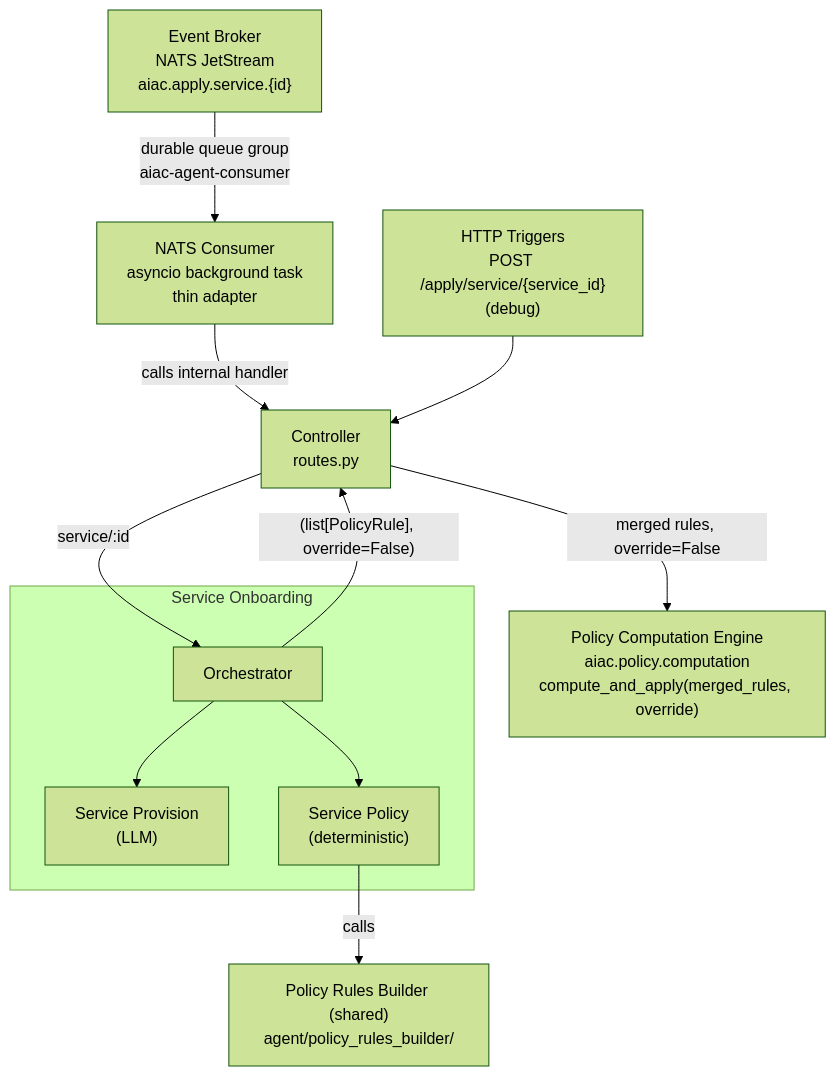
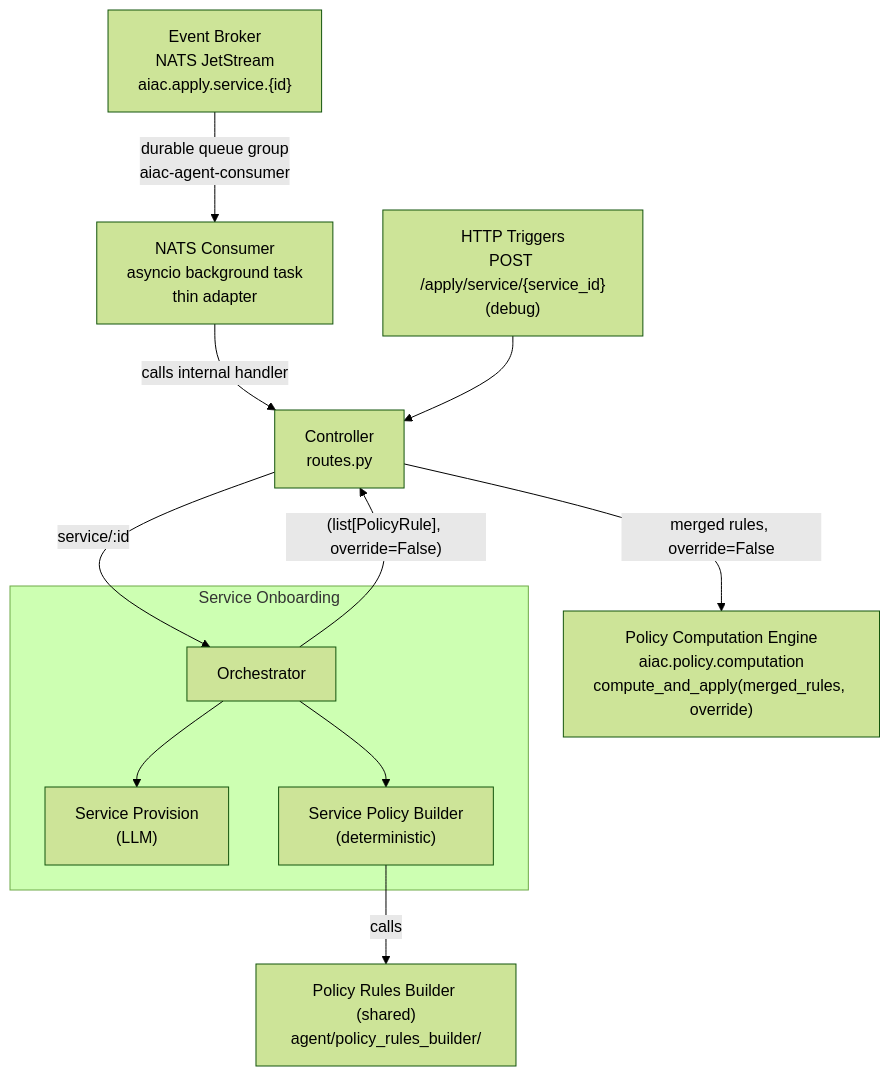
The diagram in inception/requirements/components/aiac-agent/uc1-service-onboarding.md (rossoctl/aiac), drawn with Mermaid (forest theme) before and after one commit. The commit also changed other lines of this file and 9 other files, not shown here.

First line of the commit message:
refactor(aiac): Rename Service Policy sub-agent to Service Policy Builder

````diff
--- a/inception/requirements/components/aiac-agent/uc1-service-onboarding.md
+++ b/inception/requirements/components/aiac-agent/uc1-service-onboarding.md
@@ -23,27 +23,27 @@
 ```mermaid
 flowchart TD
     NATS["Event Broker\nNATS JetStream\naiac.apply.service.{id}"]
     NATS_CONSUMER["NATS Consumer\nasyncio background task\nthin adapter"]
     TRIGGERS["HTTP Triggers\nPOST /apply/service/{service_id}\n(debug)"]
     CTRL["Controller\nroutes.py"]
 
     NATS -->|"durable queue group\naiac-agent-consumer"| NATS_CONSUMER
     NATS_CONSUMER -->|"calls internal handler"| CTRL
     TRIGGERS --> CTRL
 
     subgraph CO["Service Onboarding"]
         ORC["Orchestrator"]
         SA_PROV["Service Provision\n(LLM)"]
-        SA_POL["Service Policy\n(deterministic)"]
+        SA_POL["Service Policy Builder\n(deterministic)"]
         ORC --> SA_PROV
         ORC --> SA_POL
     end
 
     PRB["Policy Rules Builder (shared)\nagent/policy_rules_builder/"]
     PCE["Policy Computation Engine\naiac.policy.computation\ncompute_and_apply(merged_rules, override)"]
 
     CTRL -->|"service/:id"| ORC
     SA_POL -->|"calls"| PRB
     ORC -->|"(list[PolicyRule], override=False)"| CTRL
     CTRL -->|"merged rules, override=False"| PCE
 ```
````
